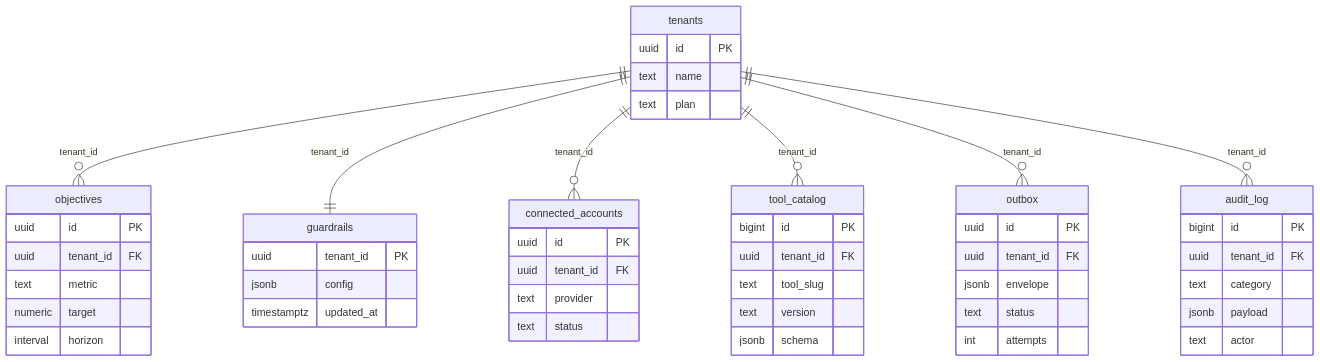
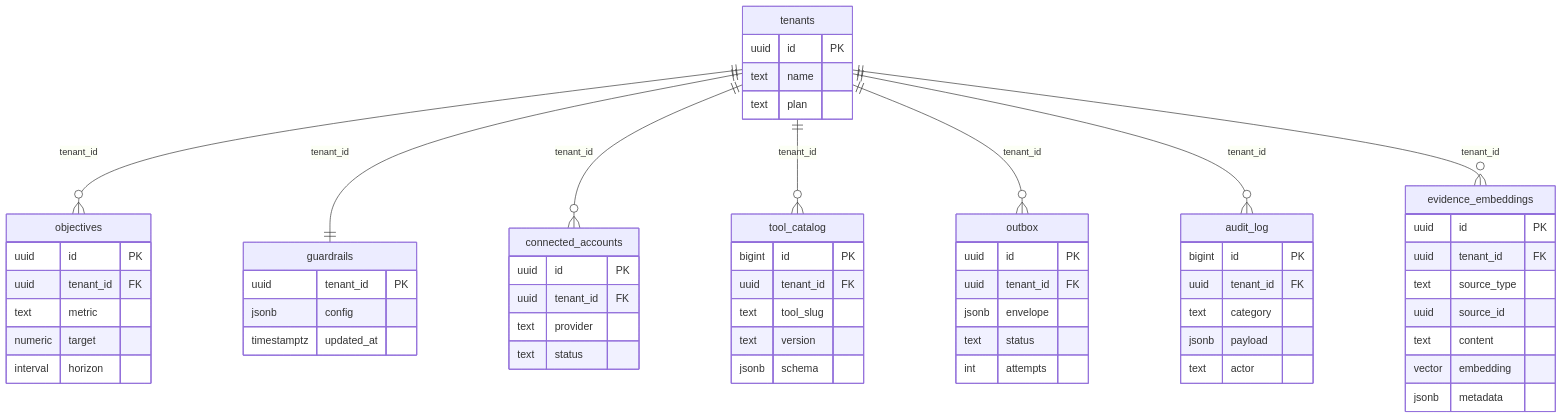
The diagram in docs/architecture/data-roadmap.md (maxbaluev/ai_employee), drawn with Mermaid before and after one commit. The commit also changed other lines of this file and 17 other files, not shown here.

````diff
--- a/docs/architecture/data-roadmap.md
+++ b/docs/architecture/data-roadmap.md
@@ -78,54 +168,64 @@
 ```mermaid
 erDiagram
     tenants ||--o{ objectives : "tenant_id"
     tenants ||--|| guardrails : "tenant_id"
     tenants ||--o{ connected_accounts : "tenant_id"
     tenants ||--o{ tool_catalog : "tenant_id"
     tenants ||--o{ outbox : "tenant_id"
     tenants ||--o{ audit_log : "tenant_id"
+    tenants ||--o{ evidence_embeddings : "tenant_id"
 
     tenants {
         uuid id PK
         text name
         text plan
     }
     objectives {
         uuid id PK
         uuid tenant_id FK
         text metric
         numeric target
         interval horizon
     }
     guardrails {
         uuid tenant_id PK
         jsonb config
         timestamptz updated_at
     }
     connected_accounts {
         uuid id PK
         uuid tenant_id FK
         text provider
         text status
     }
     tool_catalog {
         bigint id PK
         uuid tenant_id FK
         text tool_slug
         text version
         jsonb schema
     }
     outbox {
         uuid id PK
         uuid tenant_id FK
         jsonb envelope
         text status
         int attempts
     }
     audit_log {
         bigint id PK
         uuid tenant_id FK
         text category
         jsonb payload
         text actor
     }
+    evidence_embeddings {
+        uuid id PK
+        uuid tenant_id FK
+        text source_type
+        uuid source_id
+        text content
+        vector embedding
+        jsonb metadata
+    }
 ```
````
